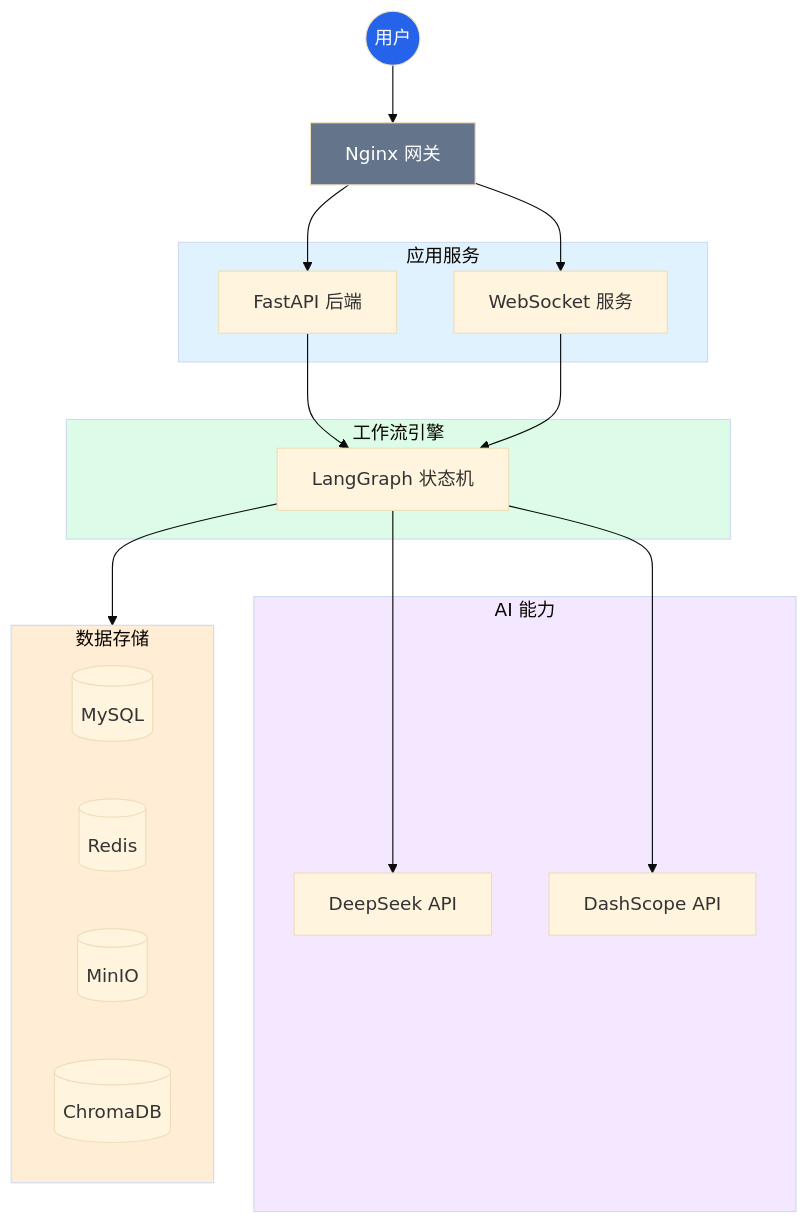
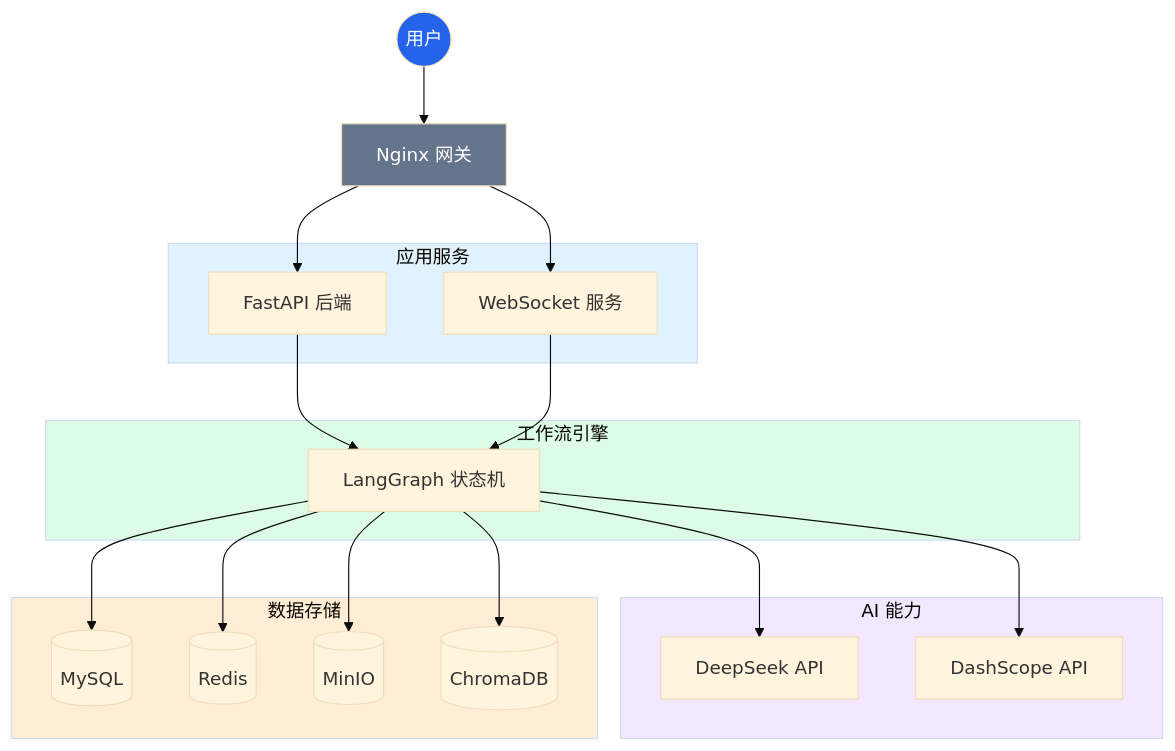
Before and after one commit to xt765/ResumeScreening: the fifth of 11 diagrams in README.md, drawn with Mermaid (base theme). The commit also changed 3 other files, not shown here.

Commit message:
docs: refine mermaid diagrams in architecture and blog docs, fix typo in rag_graph

````diff
--- a/README.md
+++ b/README.md
@@ -187,42 +187,45 @@
 ```mermaid
 graph TD
     User((用户)) --> Nginx[Nginx 网关]
     
     subgraph App_Layer [应用服务]
         API[FastAPI 后端]
         WS[WebSocket 服务]
     end
     
     subgraph Workflow_Layer [工作流引擎]
         LangGraph[LangGraph 状态机]
     end
     
     subgraph AI_Layer [AI 能力]
         LLM[DeepSeek API]
         Embedding[DashScope API]
     end
     
     subgraph Data_Layer [数据存储]
         MySQL[(MySQL)]
         Redis[(Redis)]
         MinIO[(MinIO)]
         Chroma[(ChromaDB)]
     end
     
     Nginx --> API
     Nginx --> WS
     
     API --> LangGraph
     WS --> LangGraph
     
     LangGraph --> LLM
     LangGraph --> Embedding
-    LangGraph --> Data_Layer
+    LangGraph --> MySQL
+    LangGraph --> MinIO
+    LangGraph --> Chroma
+    LangGraph --> Redis
     
     style User fill:#2563eb,color:#fff
     style Nginx fill:#64748b,color:#fff
     style App_Layer fill:#e0f2fe
     style Workflow_Layer fill:#dcfce7
     style AI_Layer fill:#f3e8ff
     style Data_Layer fill:#ffedd5
 ```
````
